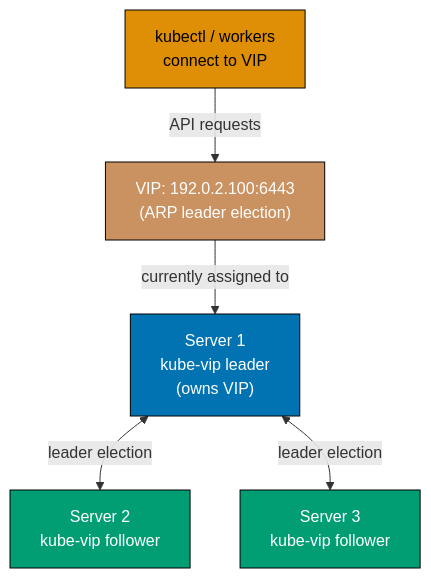
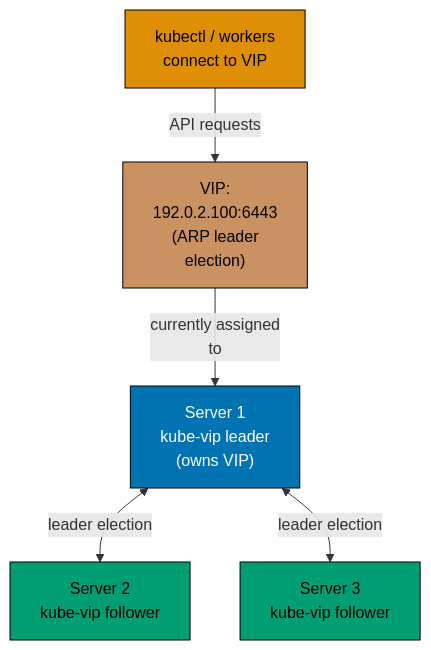
The eighth of 9 diagrams in apps/ayokoding-www/content/en/learn/legacy/software-engineering/infrastructure/tools/k3s/by-example/intermediate.md (wahidyankf/ose-public), drawn with Mermaid before and after one commit. The commit also changed other lines of this file and 131 other files, not shown here.

First line of the commit message:
fix(mermaid): bring the legacy data, infrastructure, and testing diagrams onto the accessible palette

````diff
--- a/apps/ayokoding-www/content/en/learn/legacy/software-engineering/infrastructure/tools/k3s/by-example/intermediate.md
+++ b/apps/ayokoding-www/content/en/learn/legacy/software-engineering/infrastructure/tools/k3s/by-example/intermediate.md
@@ -1859,20 +1904,27 @@
 ```mermaid
 %% Color Palette: Blue #0173B2, Orange #DE8F05, Teal #029E73, Purple #CC78BC, Brown #CA9161
 graph TD
-    VIP["VIP: 192.0.2.100:6443<br/>(ARP leader election)"]
+    accTitle: Example 52: kube-vip for HA LoadBalancer on Bare Metal
+    accDescr: Graph with 5 nodes and 4 connections. Nodes: VIP: 192.0.2.100:6443 (ARP leader election), Server 1 kube-vip leader (owns VIP), Server 2 kube-vip follower, Server 3 kube-vip follower, kubectl / workers connect to VIP. Connections: kubectl / workers connect to VIP to VIP: 192.0.2.100:6443 (ARP leader election) (API requests), VIP: 192.0.2.100:6443 (ARP leader election) to Server 1 kube-vip leader (owns VIP) (currently assigned to), Server 1 kube-vip leader (owns VIP) to Server 2 kube-vip follower (leader election), Server 1 kube-vip leader (owns VIP) to Server 3 kube-vip follower (leader election).
+    VIP["VIP:<br/>192.0.2.100:6443<br/>(ARP leader<br/>election)"]
     S1["Server 1<br/>kube-vip leader<br/>(owns VIP)"]
     S2["Server 2<br/>kube-vip follower"]
     S3["Server 3<br/>kube-vip follower"]
     CLI["kubectl / workers<br/>connect to VIP"]
 
     CLI -->|"API requests"| VIP
-    VIP -->|"currently assigned to"| S1
+    VIP -->|"currently assigned<br/>to"| S1
     S1 <-->|"leader election"| S2
     S1 <-->|"leader election"| S3
 
-    style VIP fill:#CA9161,stroke:#000,color:#fff
-    style S1 fill:#0173B2,stroke:#000,color:#fff
-    style S2 fill:#029E73,stroke:#000,color:#fff
-    style S3 fill:#029E73,stroke:#000,color:#fff
-    style CLI fill:#DE8F05,stroke:#000,color:#000
+    classDef pal-CA9161 fill:#CA9161,stroke:#000000,color:#000000
+    class VIP pal-CA9161
+    classDef pal-0173B2 fill:#0173B2,stroke:#000000,color:#FFFFFF
+    class S1 pal-0173B2
+    classDef pal-029E73 fill:#029E73,stroke:#000000,color:#000000
+    class S2 pal-029E73
+    class S3 pal-029E73
+    classDef pal-DE8F05 fill:#DE8F05,stroke:#000000,color:#000000
+    class CLI pal-DE8F05
+    classDef default fill:#FFFFFF,stroke:#000000,color:#000000
 ```
````
